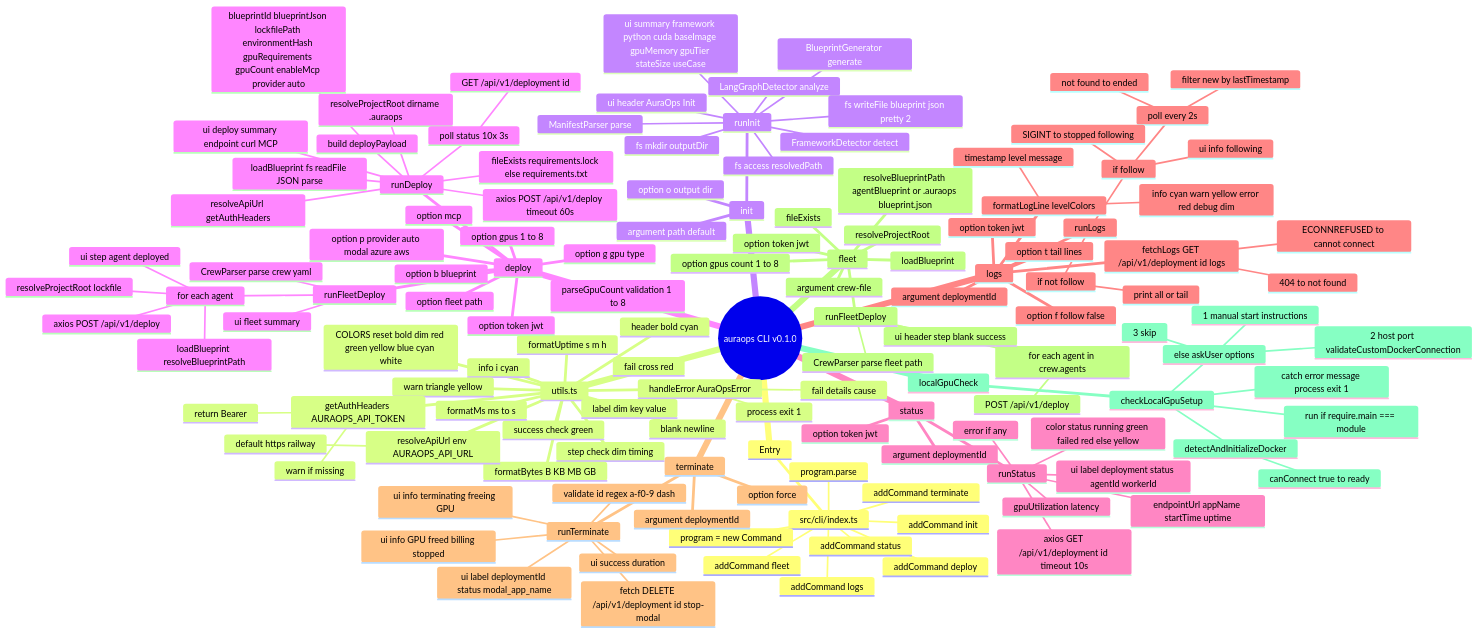
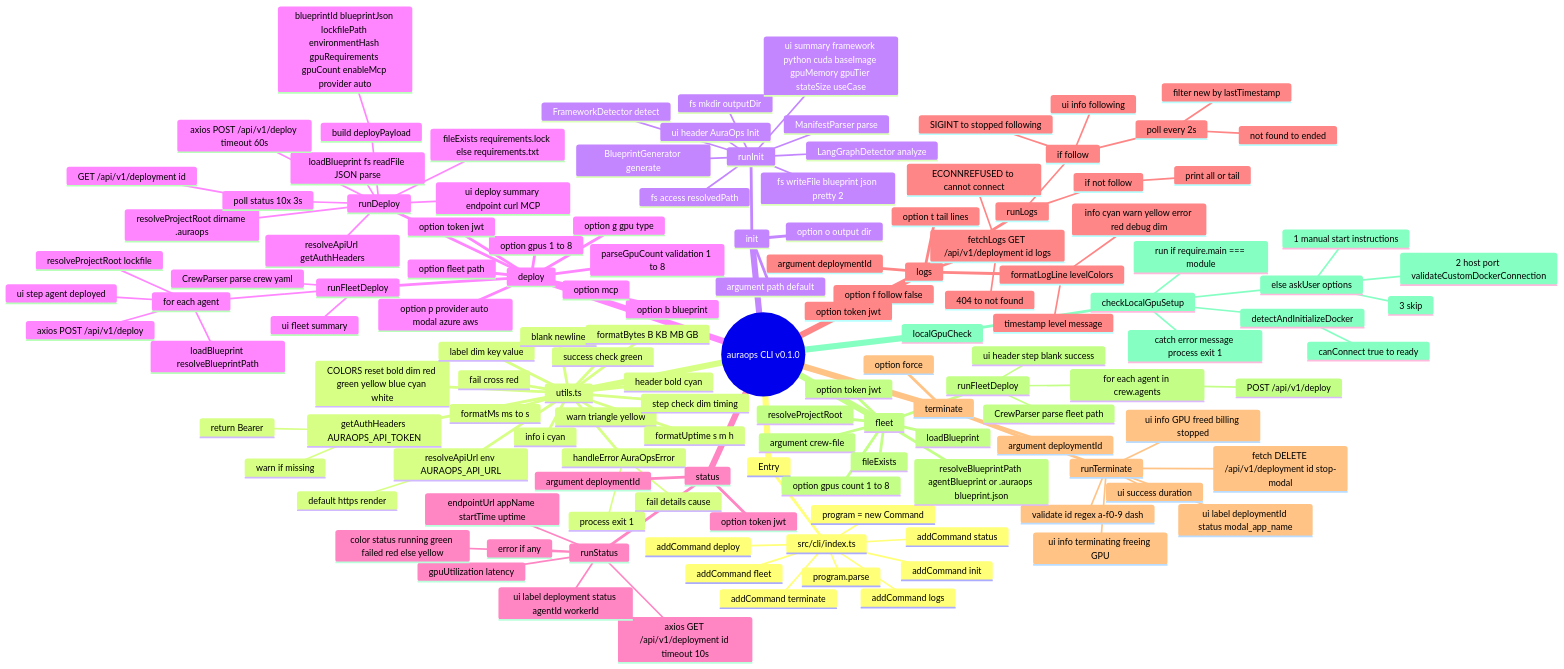
The first of 9 diagrams in docs/cli/cli-code-map.md (krishkumar1577/AuraOps_backend), drawn with Mermaid before and after one commit. The commit also changed other lines of this file and 9 other files, not shown here.

First line of the commit message:
chore: point default API at Render and publish prep 0.1.1-alpha.4

```diff
--- a/docs/cli/cli-code-map.md
+++ b/docs/cli/cli-code-map.md
@@ -78,7 +78,7 @@
         warn if missing
         return Bearer
       resolveApiUrl env AURAOPS_API_URL
-        default https railway
+        default https render
       handleError AuraOpsError
         fail details cause
         process exit 1
```
